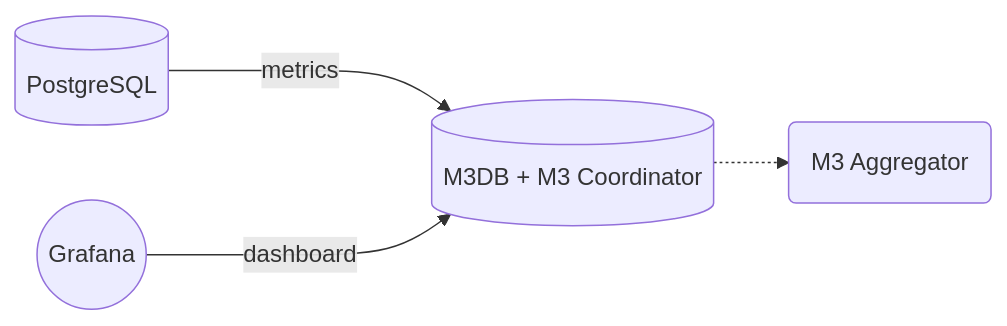
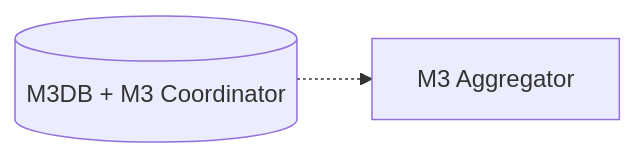
The diagram in docs/tools/terraform/reference/cookbook/m3db-m3agg-recipe.rst (aiven/devportal), drawn with Mermaid before and after one commit. The commit also changed other lines of this file, not shown here.

```diff
--- a/docs/tools/terraform/reference/cookbook/m3db-m3agg-recipe.rst
+++ b/docs/tools/terraform/reference/cookbook/m3db-m3agg-recipe.rst
@@ -7,6 +7,6 @@
 .. mermaid::
 
   graph LR
-    PG[(PostgreSQL)] ---> |metrics| M3[(M3DB + M3 Coordinator)]
-    Gr((Grafana)) ---> |dashboard| M3
-    M3 -.-> Agg(M3 Aggregator)
+      M3[(M3DB + M3 Coordinator)]
+      M3Agg[M3 Aggregator]
+      M3 -.-> M3Agg
```
